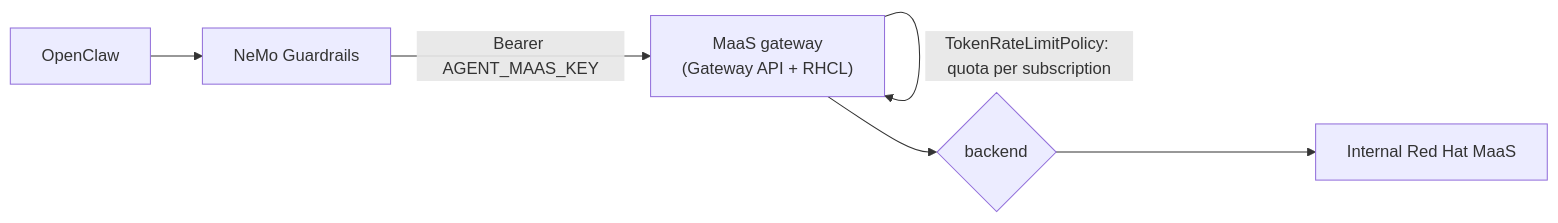
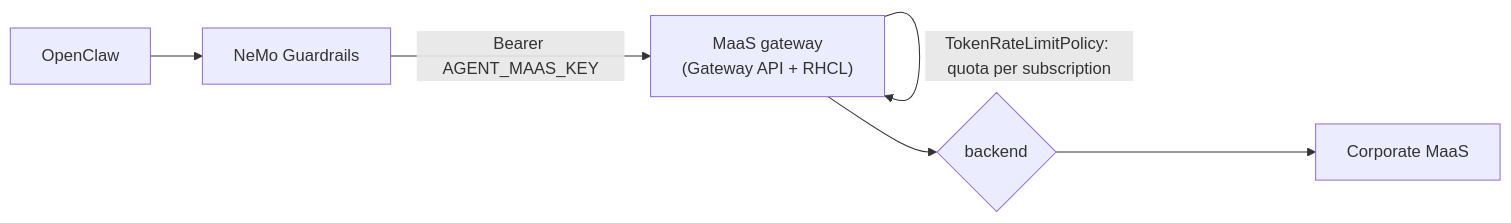
Before and after one commit to lccherri/openclaw-aiops-poc: the diagram in manifests/phase2-governance/maas/README.md, drawn with Mermaid. The commit also changed other lines of this file and 16 other files, not shown here.

````diff
--- a/manifests/phase2-governance/maas/README.md
+++ b/manifests/phase2-governance/maas/README.md
@@ -7,9 +7,9 @@
 ```mermaid
 flowchart LR
     OC[OpenClaw] --> GR[NeMo Guardrails] -- "Bearer AGENT_MAAS_KEY" --> GW["MaaS gateway<br/>(Gateway API + RHCL)"]
     GW -- "AuthPolicy: key -> subscription" --> GW
     GW -- "TokenRateLimitPolicy: quota per subscription" --> GW
     GW --> BE{"backend"}
-    BE --> EXT[Internal Red Hat MaaS]
+    BE --> EXT[Corporate MaaS]
 
 ```
````
